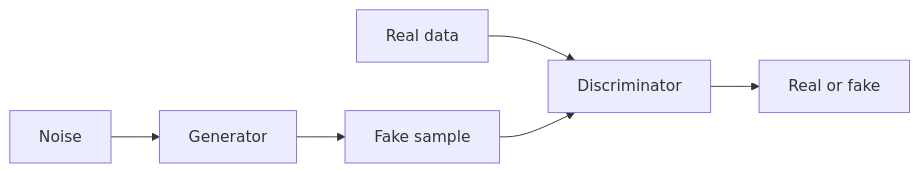
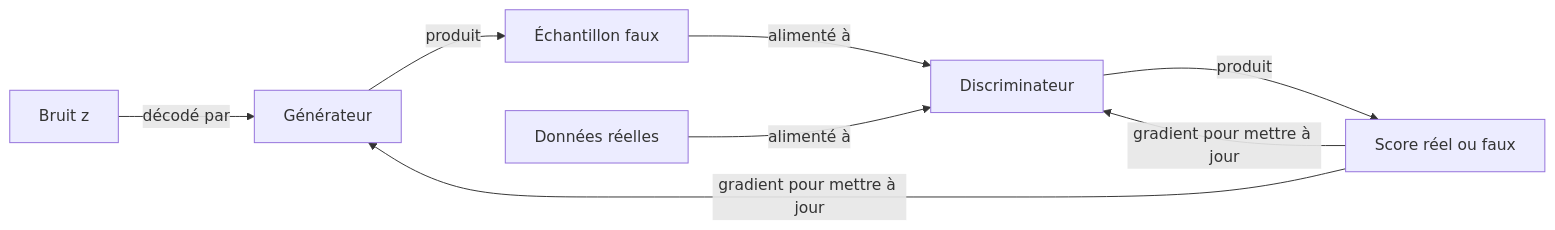
One commit to EmersonBraun/ai-summary-hub changed the diagram in i18n/fr/docusaurus-plugin-content-docs/current/gans/index.md. Above: the diagram before and after it, drawn with Mermaid. The commit also changed other lines of this file and 242 other files, not shown here.

````diff
--- a/i18n/fr/docusaurus-plugin-content-docs/current/gans/index.md
+++ b/i18n/fr/docusaurus-plugin-content-docs/current/gans/index.md
@@ -19,8 +31,10 @@
 ```mermaid
 flowchart LR
-  Z[Noise] --> G[Generator]
-  G --> Fake[Fake sample]
-  Real[Real data] --> D[Discriminator]
-  Fake --> D
-  D --> Out[Real or fake]
+  Z[Bruit z] -->|décodé par| G[Générateur]
+  G -->|produit| Fake[Échantillon faux]
+  Real[Données réelles] -->|alimenté à| D[Discriminateur]
+  Fake -->|alimenté à| D
+  D -->|produit| Score[Score réel ou faux]
+  Score -->|gradient pour mettre à jour| G
+  Score -->|gradient pour mettre à jour| D
 ```
````
